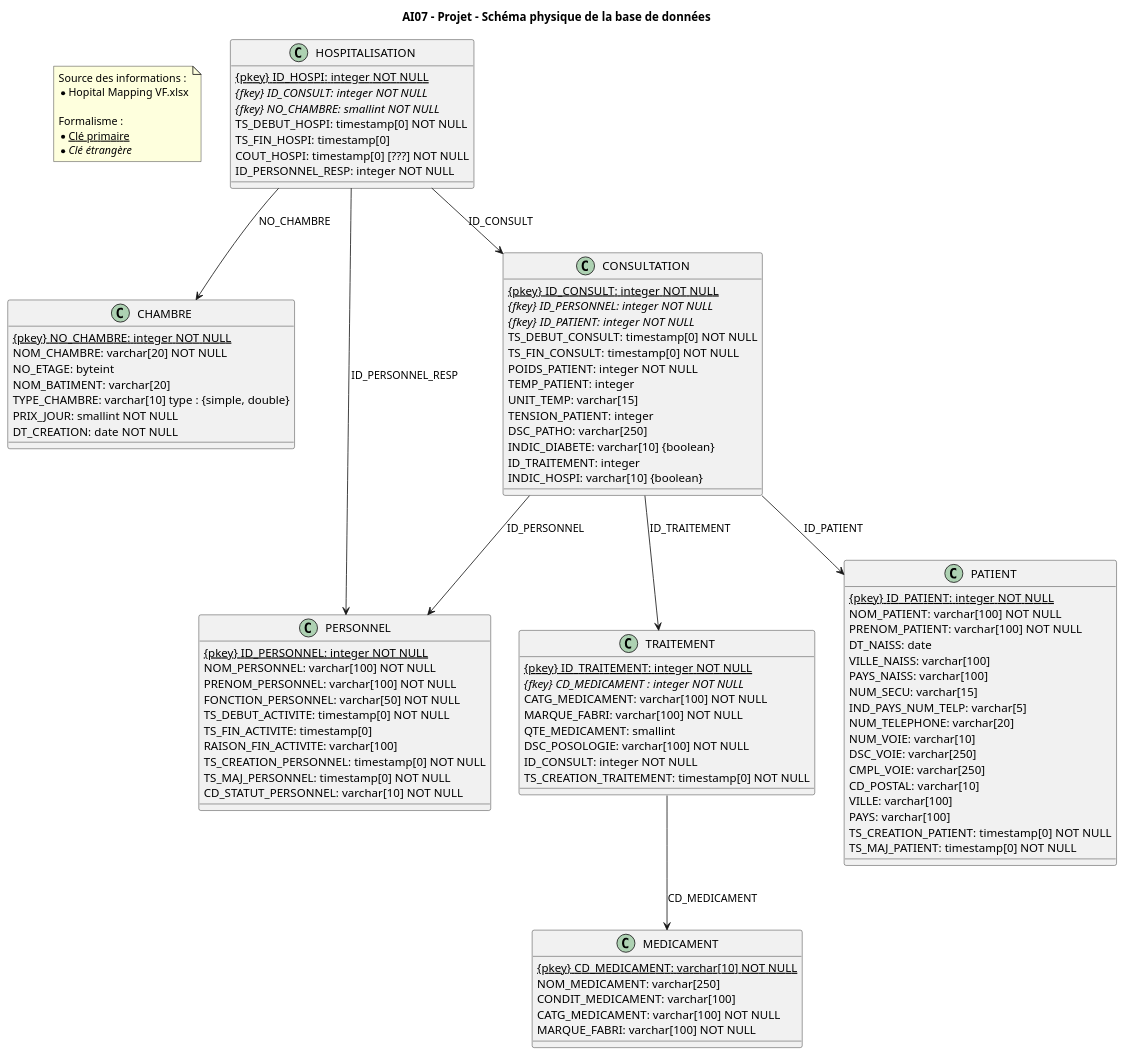
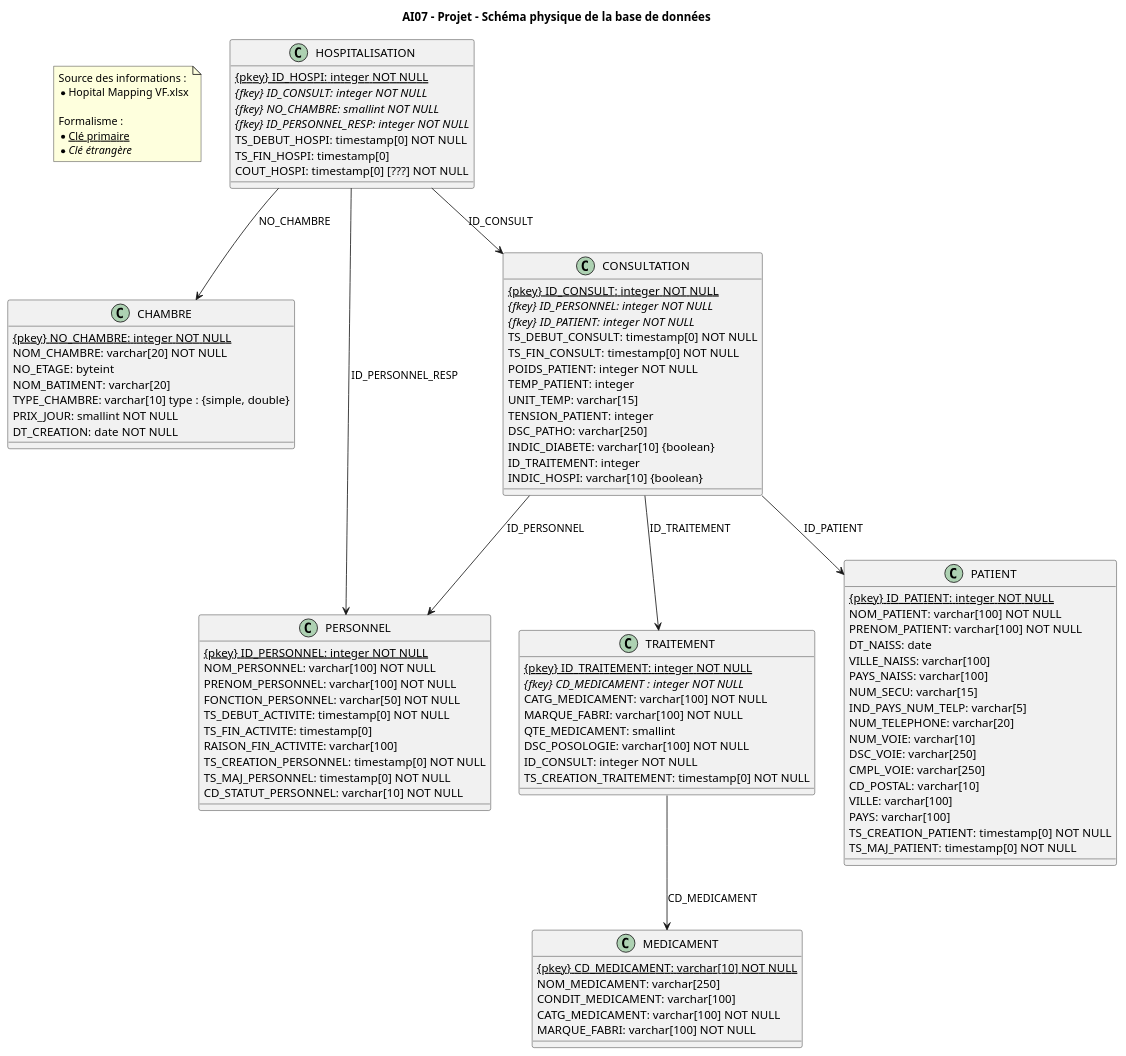
The diagram in docs/schema_physique.puml (vlkduro/datawarehouse-snowflake-project), drawn with PlantUML before and after one commit.

Commit message:
fix lien hospitalisation --id_personnel_resp-> personnel, [chambre] type_chambre typé par (simple, double)

```diff
--- a/docs/schema_physique.puml
+++ b/docs/schema_physique.puml
@@ -1,111 +1,111 @@
 @startuml schema_physique
 title AI07 - Projet - Schéma physique de la base de données
 
 note as N_Source
   Source des informations :
   * Hopital Mapping VF.xlsx
   
   Formalisme :
   * <u>Clé primaire</u>
   * <i>Clé étrangère</i>
 end note
 
 class CHAMBRE {
   {static} {pkey} NO_CHAMBRE: integer NOT NULL
   NOM_CHAMBRE: varchar[20] NOT NULL
   NO_ETAGE: byteint
   NOM_BATIMENT: varchar[20]
   TYPE_CHAMBRE: varchar[10] type : {simple, double}
   PRIX_JOUR: smallint NOT NULL
   DT_CREATION: date NOT NULL
 }
 
 class TRAITEMENT {
   {static} {pkey} ID_TRAITEMENT: integer NOT NULL
   {abstract} {fkey} CD_MEDICAMENT : integer NOT NULL
   CATG_MEDICAMENT: varchar[100] NOT NULL
   MARQUE_FABRI: varchar[100] NOT NULL
   QTE_MEDICAMENT: smallint
   DSC_POSOLOGIE: varchar[100] NOT NULL
   ID_CONSULT: integer NOT NULL
   TS_CREATION_TRAITEMENT: timestamp[0] NOT NULL
 }
 
 class PERSONNEL {
   {static} {pkey} ID_PERSONNEL: integer NOT NULL
   NOM_PERSONNEL: varchar[100] NOT NULL
   PRENOM_PERSONNEL: varchar[100] NOT NULL
   FONCTION_PERSONNEL: varchar[50] NOT NULL
   TS_DEBUT_ACTIVITE: timestamp[0] NOT NULL
   TS_FIN_ACTIVITE: timestamp[0]
   RAISON_FIN_ACTIVITE: varchar[100]
   TS_CREATION_PERSONNEL: timestamp[0] NOT NULL
   TS_MAJ_PERSONNEL: timestamp[0] NOT NULL
   CD_STATUT_PERSONNEL: varchar[10] NOT NULL
 }
 
 class PATIENT {
   {static} {pkey} ID_PATIENT: integer NOT NULL
   NOM_PATIENT: varchar[100] NOT NULL
   PRENOM_PATIENT: varchar[100] NOT NULL
   DT_NAISS: date
   VILLE_NAISS: varchar[100]
   PAYS_NAISS: varchar[100]
   NUM_SECU: varchar[15]
   IND_PAYS_NUM_TELP: varchar[5]
   NUM_TELEPHONE: varchar[20]
   NUM_VOIE: varchar[10]
   DSC_VOIE: varchar[250]
   CMPL_VOIE: varchar[250]
   CD_POSTAL: varchar[10]
   VILLE: varchar[100]
   PAYS: varchar[100]
   TS_CREATION_PATIENT: timestamp[0] NOT NULL
   TS_MAJ_PATIENT: timestamp[0] NOT NULL
 }
 
 class CONSULTATION {
   {static} {pkey} ID_CONSULT: integer NOT NULL
   {abstract} {fkey} ID_PERSONNEL: integer NOT NULL
   {abstract} {fkey} ID_PATIENT: integer NOT NULL
   TS_DEBUT_CONSULT: timestamp[0] NOT NULL
   TS_FIN_CONSULT: timestamp[0] NOT NULL
   POIDS_PATIENT: integer NOT NULL
   TEMP_PATIENT: integer
   UNIT_TEMP: varchar[15]
   TENSION_PATIENT: integer
   DSC_PATHO: varchar[250]
   INDIC_DIABETE: varchar[10] {boolean}
   ID_TRAITEMENT: integer
   INDIC_HOSPI: varchar[10] {boolean}
 }
 
 class HOSPITALISATION {
   {static} {pkey} ID_HOSPI: integer NOT NULL
   {abstract} {fkey} ID_CONSULT: integer NOT NULL
   {abstract} {fkey} NO_CHAMBRE: smallint NOT NULL
+  {abstract} {fkey} ID_PERSONNEL_RESP: integer NOT NULL
   TS_DEBUT_HOSPI: timestamp[0] NOT NULL
   TS_FIN_HOSPI: timestamp[0]
   COUT_HOSPI: timestamp[0] [???] NOT NULL
-  ID_PERSONNEL_RESP: integer NOT NULL
 }
 
 class MEDICAMENT {
   {static} {pkey} CD_MEDICAMENT: varchar[10] NOT NULL
   NOM_MEDICAMENT: varchar[250]
   CONDIT_MEDICAMENT: varchar[100]
   CATG_MEDICAMENT: varchar[100] NOT NULL
   MARQUE_FABRI: varchar[100] NOT NULL
 }
 
 TRAITEMENT --> MEDICAMENT : CD_MEDICAMENT
 
 CONSULTATION --> PERSONNEL : ID_PERSONNEL
 CONSULTATION --> PATIENT : ID_PATIENT
 CONSULTATION --> TRAITEMENT : ID_TRAITEMENT
 
 HOSPITALISATION --> CONSULTATION : ID_CONSULT 
 HOSPITALISATION --> PERSONNEL : ID_PERSONNEL_RESP 
 
 HOSPITALISATION --> CHAMBRE : NO_CHAMBRE
 @enduml
```
